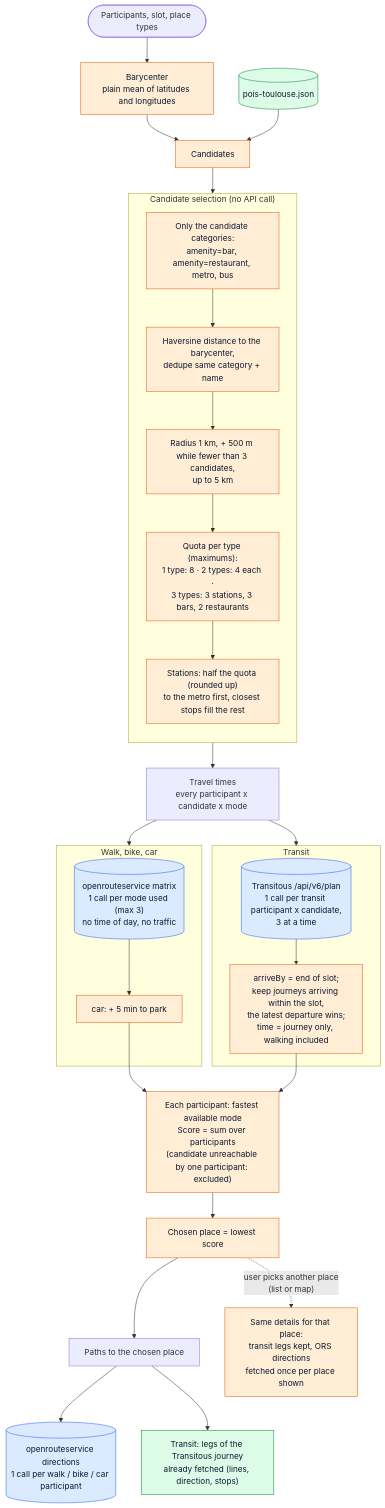
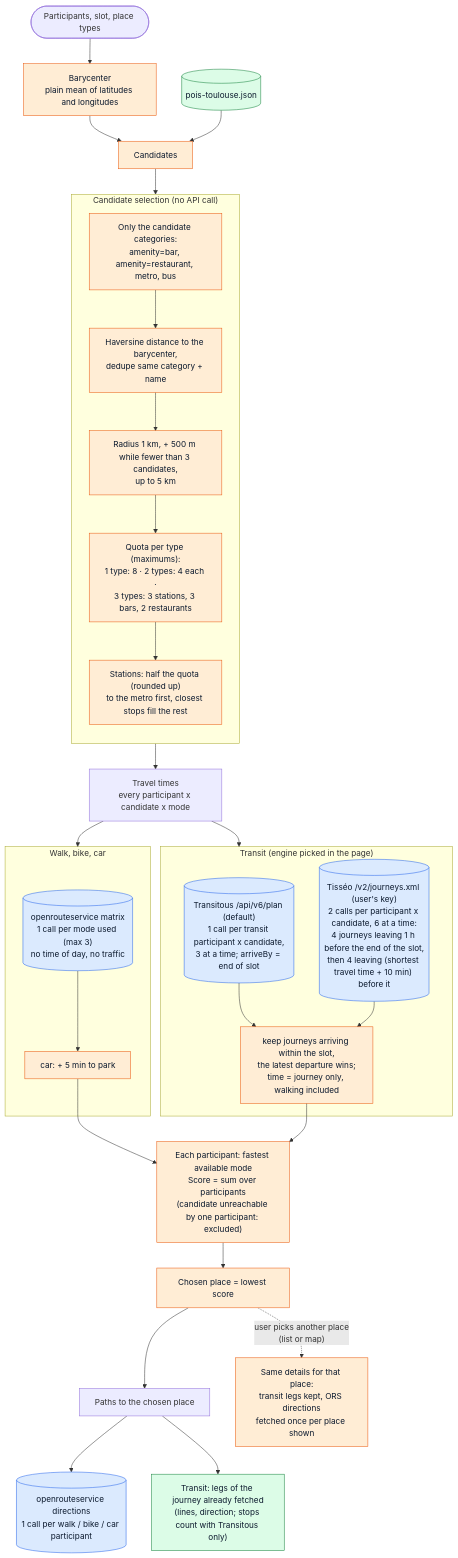
Before and after one commit to NicolasGresset/portfolio: the third of 4 diagrams in docs/location-pipeline.md, drawn with Mermaid. The commit also changed other lines of this file and 7 other files, not shown here.

First line of the commit message:
Let the user pick Tisséo or Transitous for public transport

````diff
--- a/docs/location-pipeline.md
+++ b/docs/location-pipeline.md
@@ -101,49 +101,51 @@
 ```mermaid
 flowchart TB
     classDef api fill:#DBEAFE,stroke:#2563EB,color:#0C1A2E
     classDef local fill:#DCFCE7,stroke:#15803D,color:#0C1A2E
     classDef algo fill:#FFEDD5,stroke:#EA580C,color:#0C1A2E
 
     START(["Participants, slot, place types"]) --> CENTER["Barycenter<br/>plain mean of latitudes and longitudes"]:::algo
     CENTER --> CAND["Candidates"]:::algo
     DATA[("pois-toulouse.json")]:::local --> CAND
 
     subgraph CANDIDATES["Candidate selection (no API call)"]
         direction TB
         R0["Only the candidate categories:<br/>amenity=bar, amenity=restaurant, metro, bus"]:::algo
         R1["Haversine distance to the barycenter,<br/>dedupe same category + name"]:::algo
         R2["Radius 1 km, + 500 m while fewer than 3 candidates,<br/>up to 5 km"]:::algo
         R3["Quota per type (maximums):<br/>1 type: 8 · 2 types: 4 each ·<br/>3 types: 3 stations, 3 bars, 2 restaurants"]:::algo
         R4["Stations: half the quota (rounded up)<br/>to the metro first, closest stops fill the rest"]:::algo
         R0 --> R1 --> R2 --> R3 --> R4
     end
     CAND --> CANDIDATES
 
     CANDIDATES --> TIMES["Travel times<br/>every participant x candidate x mode"]
 
     subgraph STREET["Walk, bike, car"]
         MATRIX[("openrouteservice matrix<br/>1 call per mode used (max 3)<br/>no time of day, no traffic")]:::api
         PARK["car: + 5 min to park"]:::algo
         MATRIX --> PARK
     end
 
-    subgraph TRANSIT["Transit"]
-        PLAN[("Transitous /api/v6/plan<br/>1 call per transit participant x candidate,<br/>3 at a time")]:::api
-        WINDOW["arriveBy = end of slot;<br/>keep journeys arriving within the slot,<br/>the latest departure wins;<br/>time = journey only, walking included"]:::algo
+    subgraph TRANSIT["Transit (engine picked in the page)"]
+        PLAN[("Transitous /api/v6/plan (default)<br/>1 call per transit participant x candidate,<br/>3 at a time; arriveBy = end of slot")]:::api
+        TISSEO[("Tisséo /v2/journeys.xml (user's key)<br/>2 calls per participant x candidate, 6 at a time:<br/>4 journeys leaving 1 h before the end of the slot,<br/>then 4 leaving (shortest travel time + 10 min) before it")]:::api
+        WINDOW["keep journeys arriving within the slot,<br/>the latest departure wins;<br/>time = journey only, walking included"]:::algo
         PLAN --> WINDOW
+        TISSEO --> WINDOW
     end
 
     TIMES --> STREET
     TIMES --> TRANSIT
     PARK --> SCORE
     WINDOW --> SCORE
 
     SCORE["Each participant: fastest available mode<br/>Score = sum over participants<br/>(candidate unreachable by one participant: excluded)"]:::algo
     SCORE --> BEST["Chosen place = lowest score"]:::algo
 
     BEST --> ROUTES["Paths to the chosen place"]
     ROUTES --> DIRECTIONS[("openrouteservice directions<br/>1 call per walk / bike / car participant")]:::api
-    ROUTES --> LEGS["Transit: legs of the Transitous journey<br/>already fetched (lines, direction, stops)"]:::local
+    ROUTES --> LEGS["Transit: legs of the journey already fetched<br/>(lines, direction; stops count with Transitous only)"]:::local
 
     BEST -.->|"user picks another place<br/>(list or map)"| OTHER["Same details for that place:<br/>transit legs kept, ORS directions<br/>fetched once per place shown"]:::algo
 ```
````
